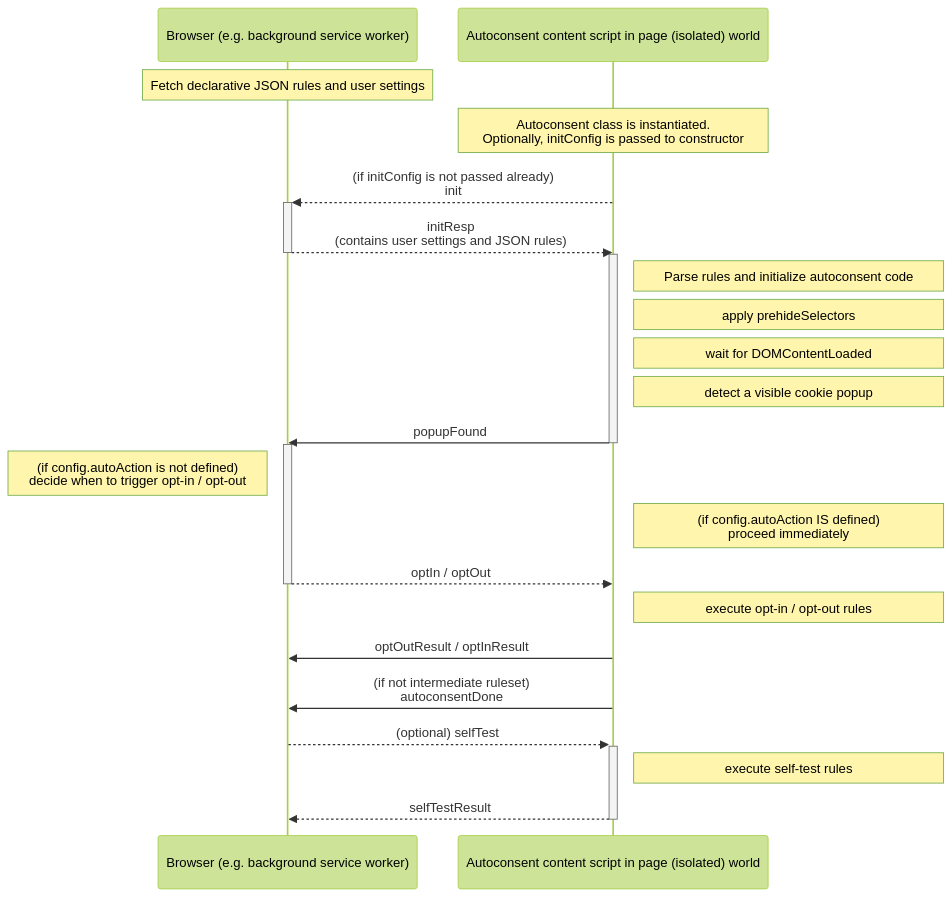
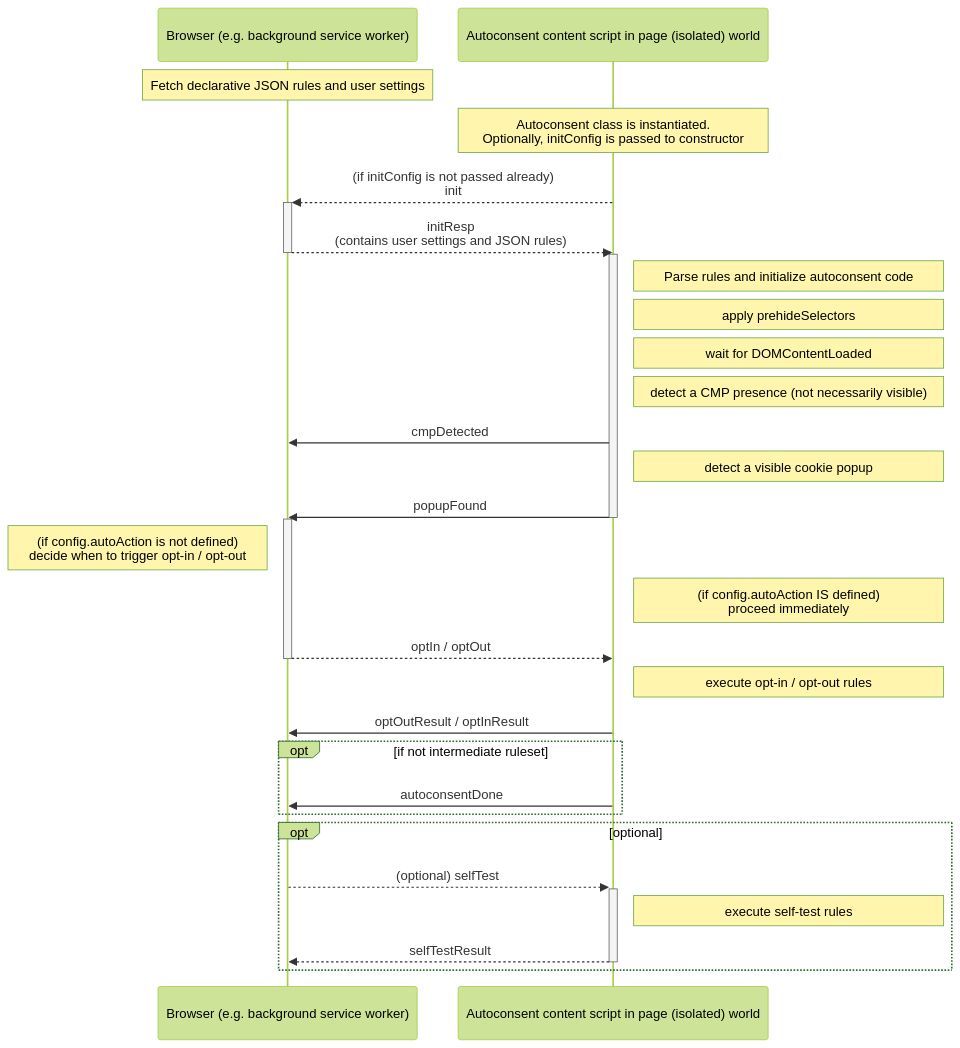
The first of 2 diagrams in api.md (duckduckgo/autoconsent), drawn with Mermaid (forest theme) before and after one commit. The commit also changed other lines of this file and 5 other files, not shown here.

Commit message:
Notify the browser when a CMP is detected

````diff
--- a/api.md
+++ b/api.md
@@ -35,35 +36,41 @@
 ```mermaid
 
 sequenceDiagram
     participant BG as Browser (e.g. background service worker)
     participant CS as Autoconsent content script in page (isolated) world
 
     Note over BG: Fetch declarative JSON rules and user settings
     Note over CS: Autoconsent class is instantiated.<br/>Optionally, initConfig is passed to constructor
 
     CS -->>+ BG: (if initConfig is not passed already)<br/>init
     BG -->>- CS: initResp<br/>(contains user settings and JSON rules)
 
     activate CS
     Note right of CS: Parse rules and initialize autoconsent code
     Note right of CS: apply prehideSelectors
     Note right of CS: wait for DOMContentLoaded
+    Note right of CS: detect a CMP presence (not necessarily visible)
+
+    CS ->> BG: cmpDetected
     Note right of CS: detect a visible cookie popup
     CS ->> BG: popupFound
     deactivate CS
-
     activate BG
     Note left of BG: (if config.autoAction is not defined)<br/>decide when to trigger opt-in / opt-out
     Note right of CS: (if config.autoAction IS defined)<br/>proceed immediately
     BG -->> CS: optIn / optOut
     deactivate BG
 
     Note right of CS: execute opt-in / opt-out rules
     CS ->> BG: optOutResult / optInResult
 
-    CS ->> BG: (if not intermediate ruleset)<br/>autoconsentDone
+    opt if not intermediate ruleset
+        CS ->> BG: autoconsentDone
+    end
 
-    BG -->>+ CS: (optional) selfTest
-    Note right of CS: execute self-test rules
-    CS -->>- BG: selfTestResult
+    opt optional
+        BG -->>+ CS: (optional) selfTest
+        Note right of CS: execute self-test rules
+        CS -->>- BG: selfTestResult
+    end
 ```
````
